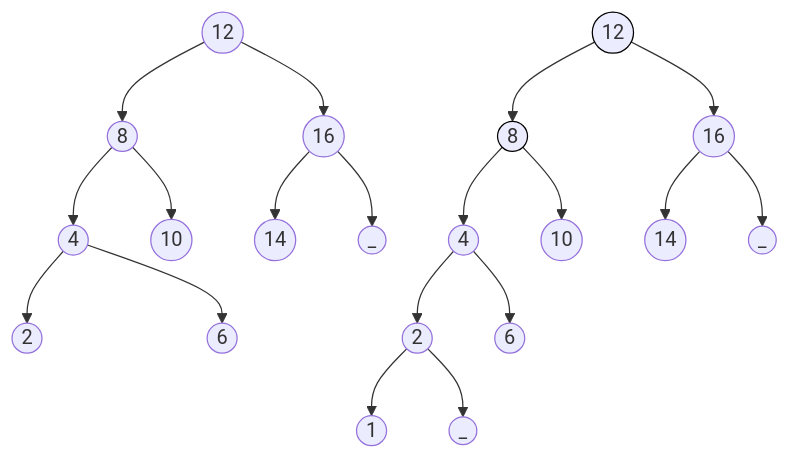
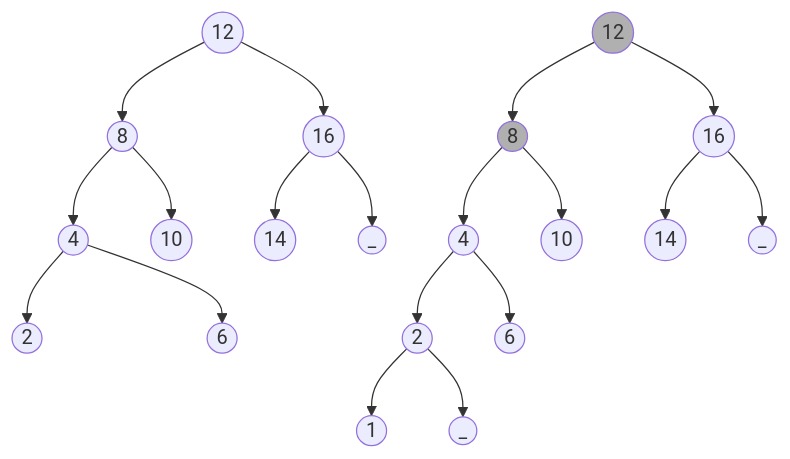
The diagram in lecture-notes/w08.md (jayshozie/ceng301), drawn with Mermaid before and after one commit.

Commit message:
nrt in w08

````diff
--- a/lecture-notes/w08.md
+++ b/lecture-notes/w08.md
@@ -28,31 +28,31 @@
 ```mermaid
 graph TB
 
 1a((12)) --> 1b((8))
 1a --> 1c((16))
 
 1b --> 1d((4))
 1b --> 1e((10))
 
 1d --> 1f((2))
 1d --> 1g((6))
 
 1c --> 1h((14))
 1c --> 1z1((_))
 
-classDef unbalanced stroke:#000
+classDef unbalanced fill:#b0b0b0
 2a((12)):::unbalanced --> 2b((8)):::unbalanced
 2a --> 2c((16))
 
 2b --> 2d((4))
 2b --> 2e((10))
 
 2c --> 2f((14))
 2c --> 2z1((_))
 
 2d --> 2g((2))
 2d --> 2h((6))
 
 2g --> 2i((1))
 2g --> 2z2((_))
 ```
````
